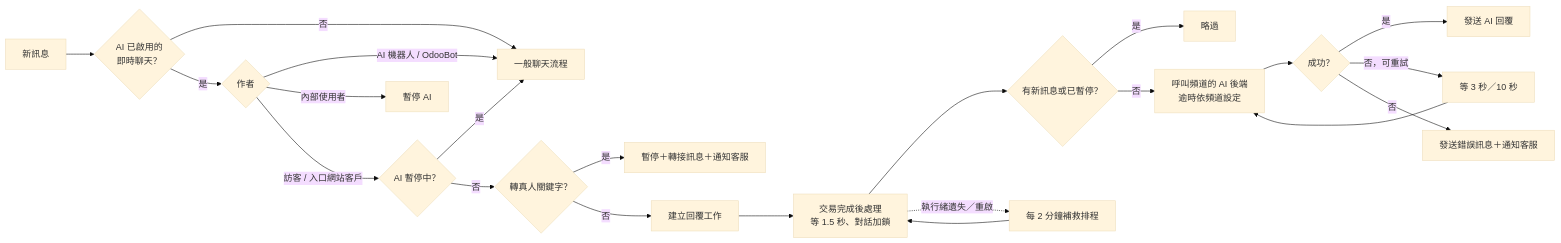
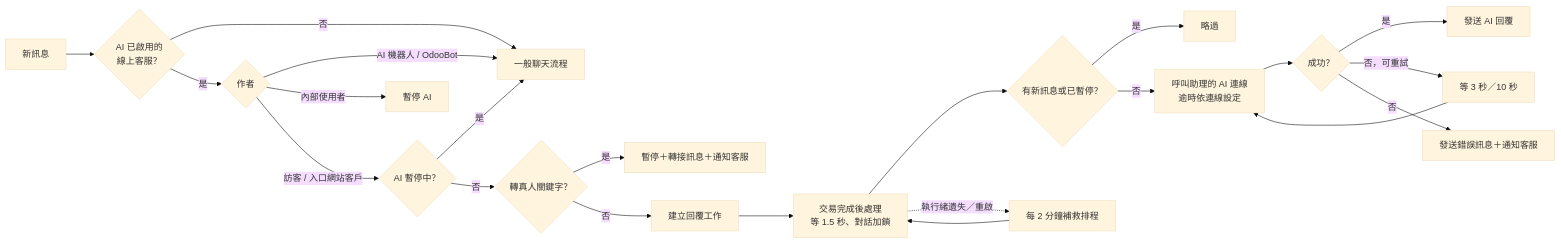
The second of 2 diagrams in README_zh-TW.md (WOOWTECH/Woow_odoo_ai_livechat), drawn with Mermaid (base theme) before and after one commit. The commit also changed other lines of this file and 4 other files, not shown here.

````diff
--- a/README_zh-TW.md
+++ b/README_zh-TW.md
@@ -212,22 +297,22 @@
 ```mermaid
 flowchart LR
-    A[新訊息] --> B{AI 已啟用的<br/>即時聊天？}
+    A[新訊息] --> B{AI 已啟用的<br/>線上客服？}
     B -->|否| E[一般聊天流程]
     B -->|是| C{作者}
     C -->|AI 機器人 / OdooBot| E
     C -->|內部使用者| P[暫停 AI]
     C -->|訪客 / 入口網站客戶| D{AI 暫停中？}
     D -->|是| E
     D -->|否| K{轉真人關鍵字？}
     K -->|是| H[暫停＋轉接訊息＋通知客服]
     K -->|否| F[建立回覆工作]
     F --> G[交易完成後處理<br/>等 1.5 秒、對話加鎖]
     G --> I{有新訊息或已暫停？}
     I -->|是| S[略過]
-    I -->|否| L[呼叫頻道的 AI 後端<br/>逾時依頻道設定]
+    I -->|否| L[呼叫助理的 AI 連線<br/>逾時依連線設定]
     L --> M{成功？}
     M -->|是| R[發送 AI 回覆]
     M -->|否，可重試| W[等 3 秒／10 秒] --> L
     M -->|否| X[發送錯誤訊息＋通知客服]
     G -.執行緒遺失／重啟.-> Y[每 2 分鐘補救排程] --> G
 ```
````
